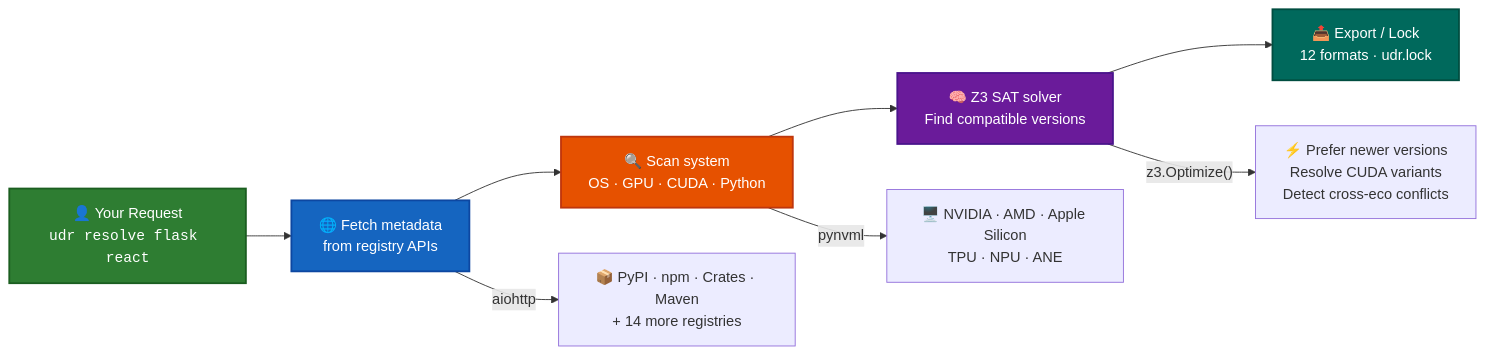
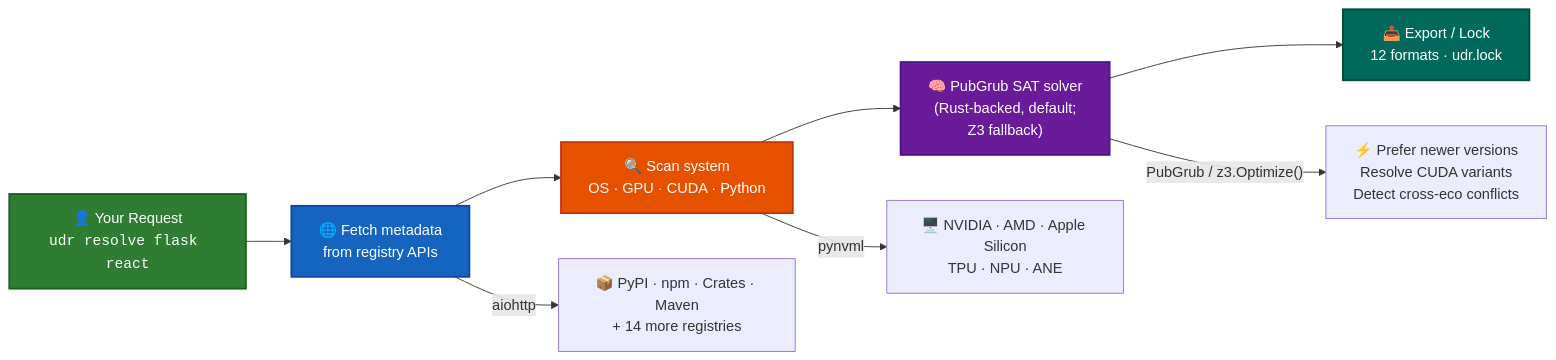
The diagram in README.md (code-with-zeeshan/universal-dependency-resolver), drawn with Mermaid before and after one commit. The commit also changed other lines of this file and 39 other files, not shown here.

````diff
--- a/README.md
+++ b/README.md
@@ -184,18 +184,18 @@
 ```mermaid
 flowchart LR
     A["👤 Your Request<br/><code>udr resolve flask react</code>"] --> B
     B["🌐 Fetch metadata<br/>from registry APIs"] --> C
     C["🔍 Scan system<br/>OS · GPU · CUDA · Python"] --> D
-    D["🧠 Z3 SAT solver<br/>Find compatible versions"] --> E
+    D["🧠 PubGrub SAT solver<br/>(Rust-backed, default;<br/>Z3 fallback)"] --> E
     E["📤 Export / Lock<br/>12 formats · udr.lock"]
 
     B -->|"aiohttp"| F["📦 PyPI · npm · Crates · Maven<br/>+ 14 more registries"]
     C -->|"pynvml"| G["🖥️ NVIDIA · AMD · Apple Silicon<br/>TPU · NPU · ANE"]
-    D -->|"z3.Optimize()"| H["⚡ Prefer newer versions<br/>Resolve CUDA variants<br/>Detect cross-eco conflicts"]
+    D -->|"PubGrub / z3.Optimize()"| H["⚡ Prefer newer versions<br/>Resolve CUDA variants<br/>Detect cross-eco conflicts"]
 
     style A fill:#2e7d32,color:#fff,stroke:#1b5e20,stroke-width:2px
     style B fill:#1565c0,color:#fff,stroke:#0d47a1,stroke-width:2px
     style C fill:#e65100,color:#fff,stroke:#bf360c,stroke-width:2px
     style D fill:#6a1b9a,color:#fff,stroke:#4a148c,stroke-width:2px
     style E fill:#00695c,color:#fff,stroke:#004d40,stroke-width:2px
 ```
````
